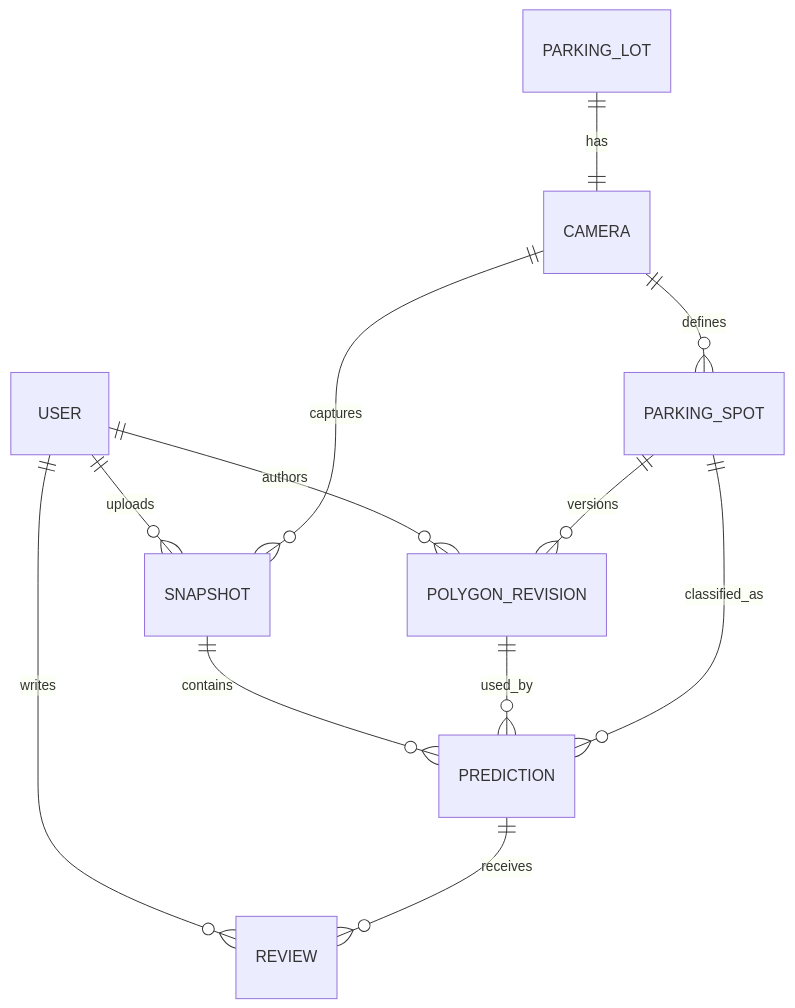
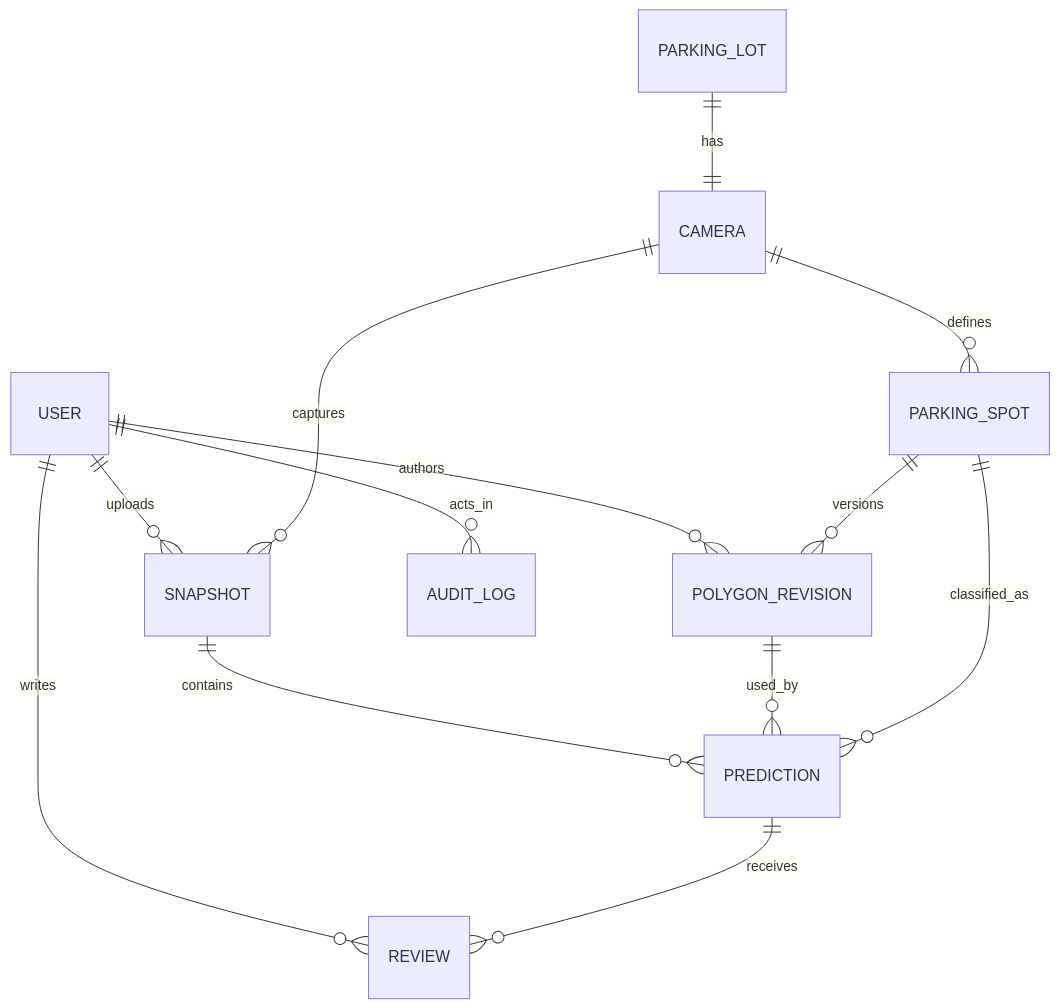
Before and after one commit to sai-ctruong/AI-smart-parking: the diagram in docs/ERD.md, drawn with Mermaid. The commit also changed other lines of this file and 7 other files, not shown here.

Commit message:
feat(backend): add smart parking database schema

````diff
--- a/docs/ERD.md
+++ b/docs/ERD.md
@@ -5,14 +5,15 @@
 ```mermaid
 erDiagram
   USER ||--o{ POLYGON_REVISION : authors
   USER ||--o{ SNAPSHOT : uploads
   USER ||--o{ REVIEW : writes
   PARKING_LOT ||--|| CAMERA : has
   CAMERA ||--o{ PARKING_SPOT : defines
   CAMERA ||--o{ SNAPSHOT : captures
   PARKING_SPOT ||--o{ POLYGON_REVISION : versions
   SNAPSHOT ||--o{ PREDICTION : contains
   POLYGON_REVISION ||--o{ PREDICTION : used_by
   PARKING_SPOT ||--o{ PREDICTION : classified_as
   PREDICTION ||--o{ REVIEW : receives
+  USER ||--o{ AUDIT_LOG : acts_in
 ```
````
